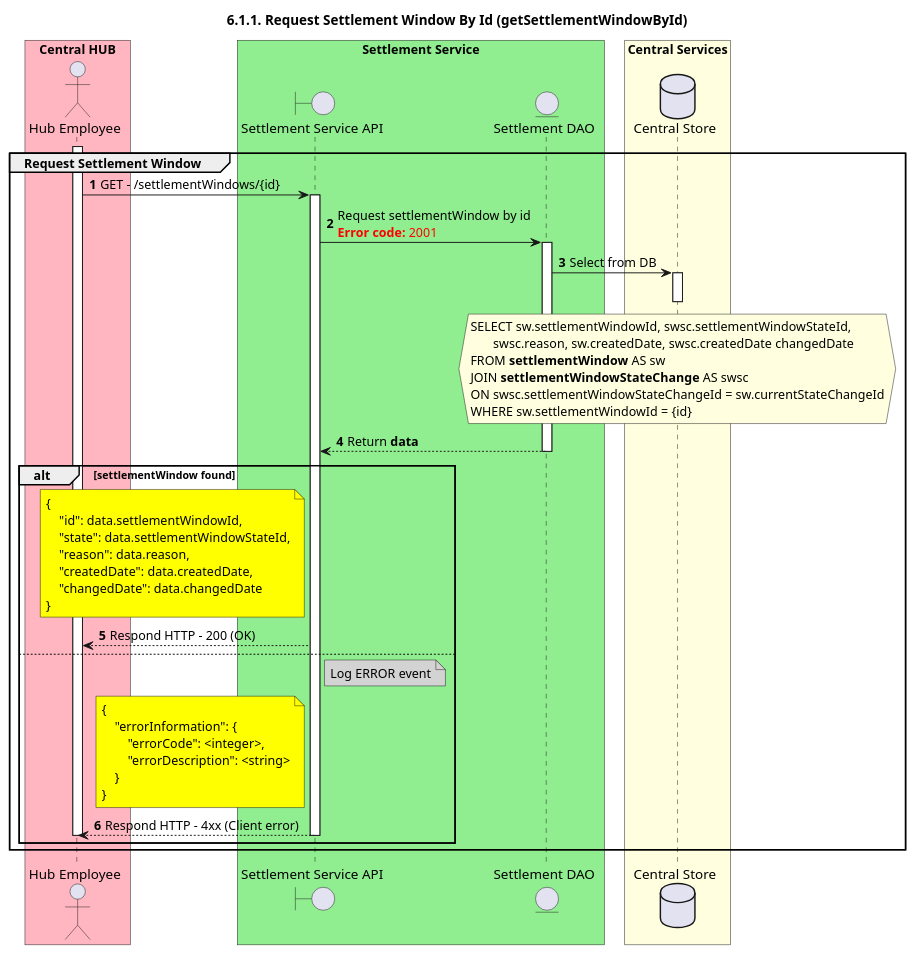
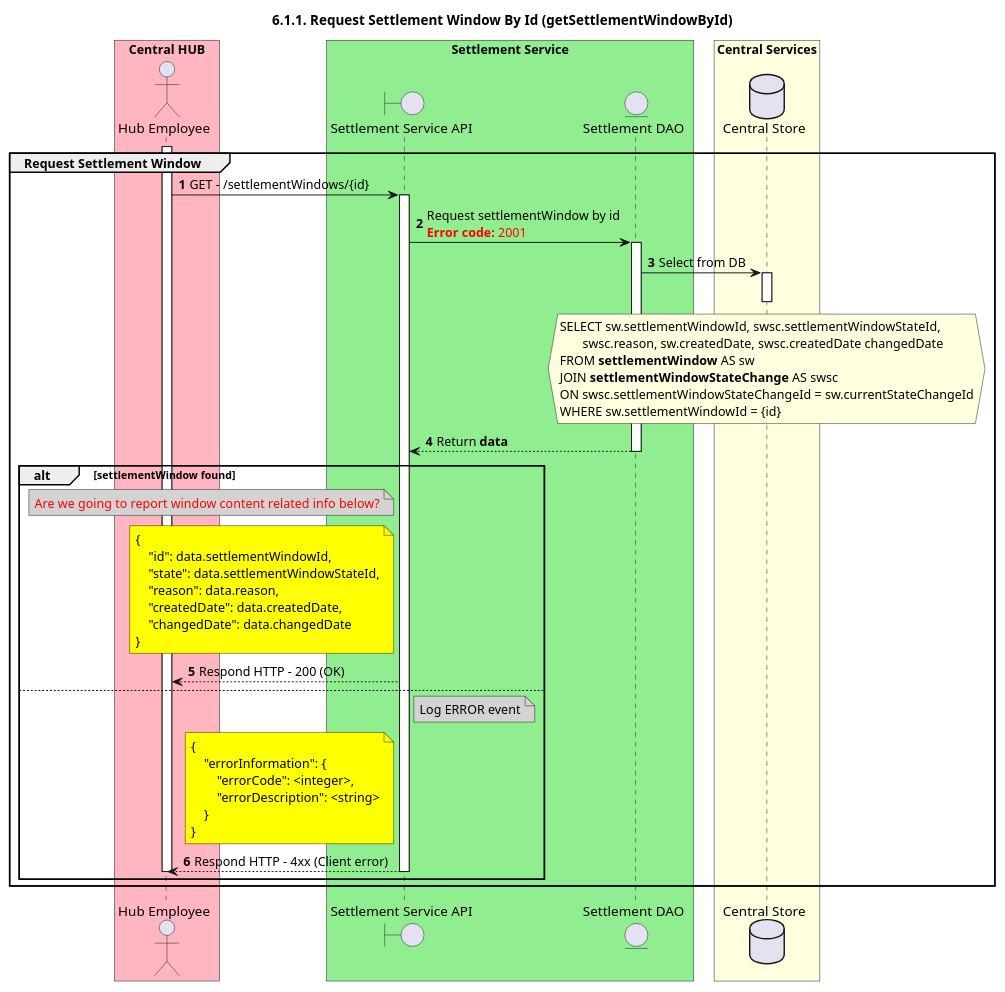
The diagram in mojaloop-technical-overview/central-settlements/settlement-process/assets/diagrams/sequence/seq-setwindow-6.1.1.plantuml (mojaloop/documentation), drawn with PlantUML before and after one commit. The commit also changed other lines of this file and 11 other files, not shown here.

```diff
--- a/mojaloop-technical-overview/central-settlements/settlement-process/assets/diagrams/sequence/seq-setwindow-6.1.1.plantuml
+++ b/mojaloop-technical-overview/central-settlements/settlement-process/assets/diagrams/sequence/seq-setwindow-6.1.1.plantuml
@@ -25,75 +26,78 @@
 @startuml
 ' declate title
 title 6.1.1. Request Settlement Window By Id (getSettlementWindowById)
 
 autonumber
 
 ' declare actors
 actor "Hub Employee" as OPERATOR
 boundary "Settlement Service API" as SSAPI
 entity "Settlement DAO" as SETTLE_DAO
 database "Central Store" as DB
 
 box "Central HUB" #lightpink
     participant OPERATOR
 end box
 
 box "Settlement Service" #lightgreen
     participant SSAPI
     participant SETTLE_DAO
 end box
 
 box "Central Services" #lightyellow
     participant DB
 end box
 
 ' start flow
 group Request Settlement Window
     activate OPERATOR
     OPERATOR -> SSAPI: GET - /settlementWindows/{id}
     activate SSAPI
     SSAPI -> SETTLE_DAO: Request settlementWindow by id\n<color #FF0000><b>Error code:</b> 2001</color>
     activate SETTLE_DAO
     SETTLE_DAO -> DB: Select from DB
     activate DB
     hnote over DB #lightyellow
         SELECT sw.settlementWindowId, swsc.settlementWindowStateId, 
                swsc.reason, sw.createdDate, swsc.createdDate changedDate
         FROM **settlementWindow** AS sw
         JOIN **settlementWindowStateChange** AS swsc
         ON swsc.settlementWindowStateChangeId = sw.currentStateChangeId
         WHERE sw.settlementWindowId = {id}
     end hnote
     deactivate DB
     SSAPI <-- SETTLE_DAO: Return **data**
     deactivate SETTLE_DAO
 
     alt settlementWindow found
-        note left of SSAPI #Yellow
+        note left of SSAPI #lightgray
+            <color #red>Are we going to report window content related info below?</color>
+        end note
+        note left of SSAPI #yellow
             {
                 "id": data.settlementWindowId,
                 "state": data.settlementWindowStateId,
                 "reason": data.reason,
                 "createdDate": data.createdDate,
                 "changedDate": data.changedDate
             }
         end note
         OPERATOR <-- SSAPI: Respond HTTP - 200 (OK)
     else
         note right of SSAPI #lightgray
             Log ERROR event
         end note
         note left of SSAPI #yellow
             {
                 "errorInformation": {
                     "errorCode": <integer>,
                     "errorDescription": <string>
                 }
             }
         end note
         OPERATOR <-- SSAPI: Respond HTTP - 4xx (Client error)
         deactivate SSAPI
         deactivate OPERATOR
     end
 end
 @enduml
```
